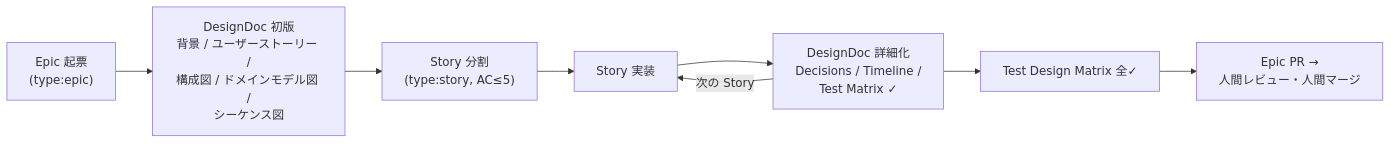
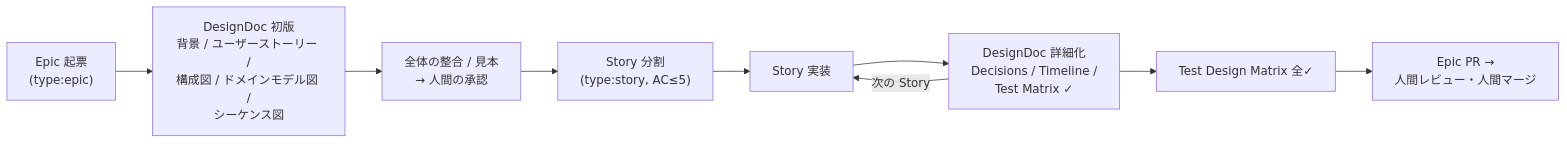
Before and after one commit to etoyama/repo-template: the second of 2 diagrams in docs/WORKFLOW.md, drawn with Mermaid. The commit also changed other lines of this file and 3 other files, not shown here.

````diff
--- a/docs/WORKFLOW.md
+++ b/docs/WORKFLOW.md
@@ -68,10 +68,11 @@
 ```mermaid
 flowchart LR
     A["Epic 起票<br/>(type:epic)"] --> B["DesignDoc 初版<br/>背景 / ユーザーストーリー /<br/>構成図 / ドメインモデル図 /<br/>シーケンス図"]
-    B --> C["Story 分割<br/>(type:story, AC≤5)"]
+    B --> B2["全体の整合 / 見本<br/>→ 人間の承認"]
+    B2 --> C["Story 分割<br/>(type:story, AC≤5)"]
     C --> D["Story 実装"]
     D --> E["DesignDoc 詳細化<br/>Decisions / Timeline /<br/>Test Matrix ✓"]
     E -->|次の Story| D
     E --> F["Test Design Matrix 全✓"]
     F --> G["Epic PR →<br/>人間レビュー・人間マージ"]
 ```
````
